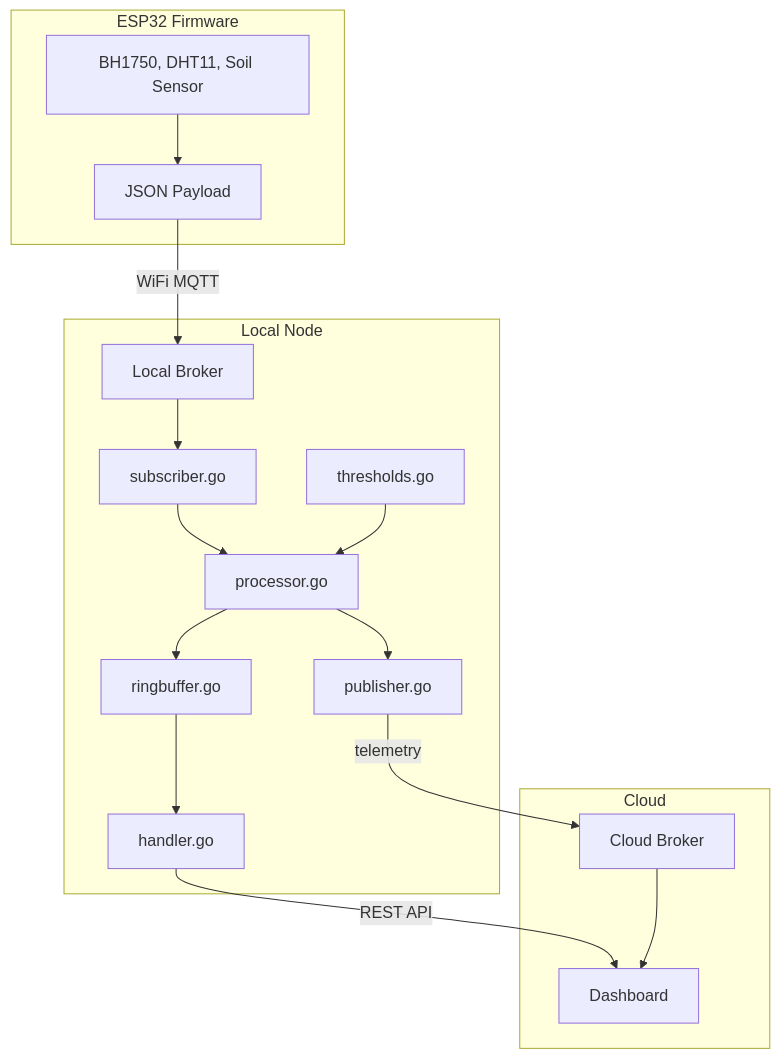
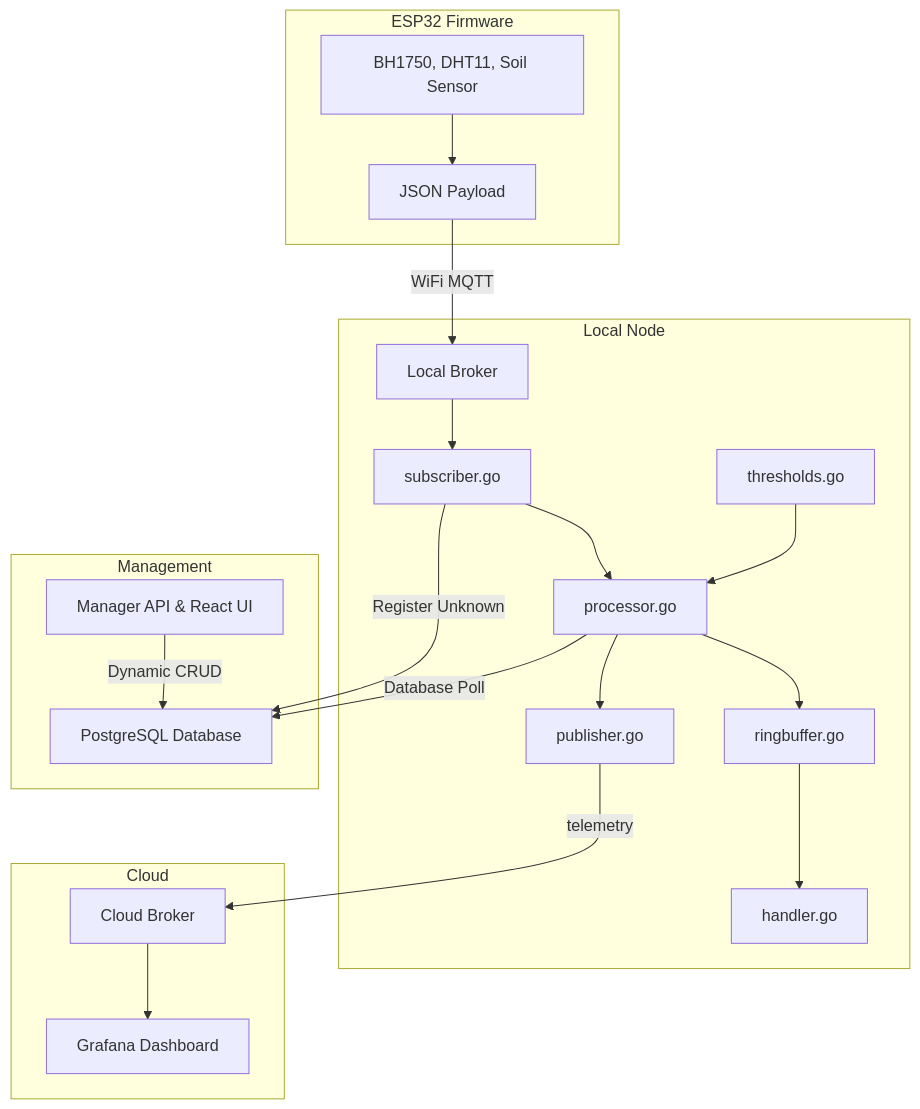
One commit to PEEMAI2004/CPE475 changed the second of 3 diagrams in Project/readme.md. Above: the diagram before and after it, drawn with Mermaid. The commit also changed other lines of this file and 29 other files, not shown here.

Commit message:
feat: initialize frontend project and implement manager API

````diff
--- a/Project/readme.md
+++ b/Project/readme.md
@@ -79,35 +81,42 @@
 ```mermaid
 graph TD
     subgraph ESP32["ESP32 Firmware"]
         A["BH1750, DHT11, Soil Sensor"]
         B["JSON Payload"]
         A --> B
     end
 
     subgraph LocalNode["Local Node"]
         C["Local Broker"]
         D["subscriber.go"]
         E["processor.go"]
         F["thresholds.go"]
         G["ringbuffer.go"]
         H["handler.go"]
         I["publisher.go"]
 
         C --> D
         D --> E
         F --> E
         E --> G
         E --> I
         G --> H
     end
 
     subgraph Cloud["Cloud"]
         J["Cloud Broker"]
-        K["Dashboard"]
+        K["Grafana Dashboard"]
+    end
+
+    subgraph Management["Management"]
+        L["PostgreSQL Database"]
+        M["Manager API & React UI"]
     end
 
     B -->|WiFi MQTT| C
-    H -->|REST API| K
+    E -->|Database Poll| L
+    D -->|Register Unknown| L
+    M -->|Dynamic CRUD| L
     I -->|telemetry| J
     J --> K
 ```
````
